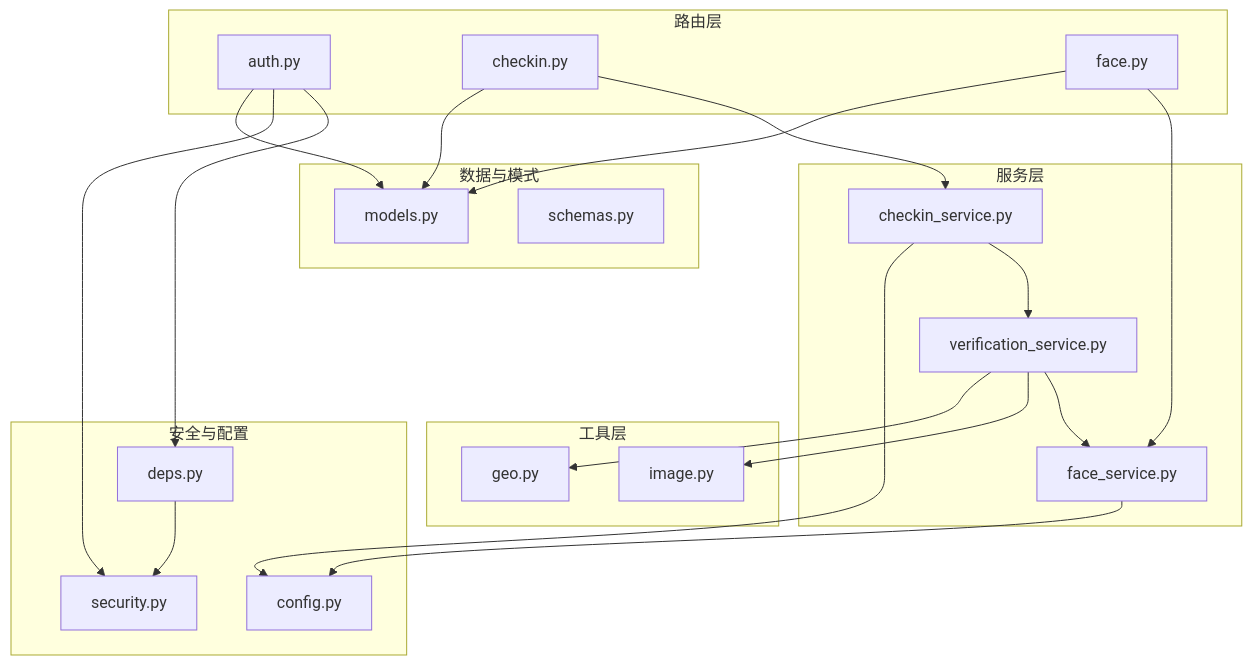
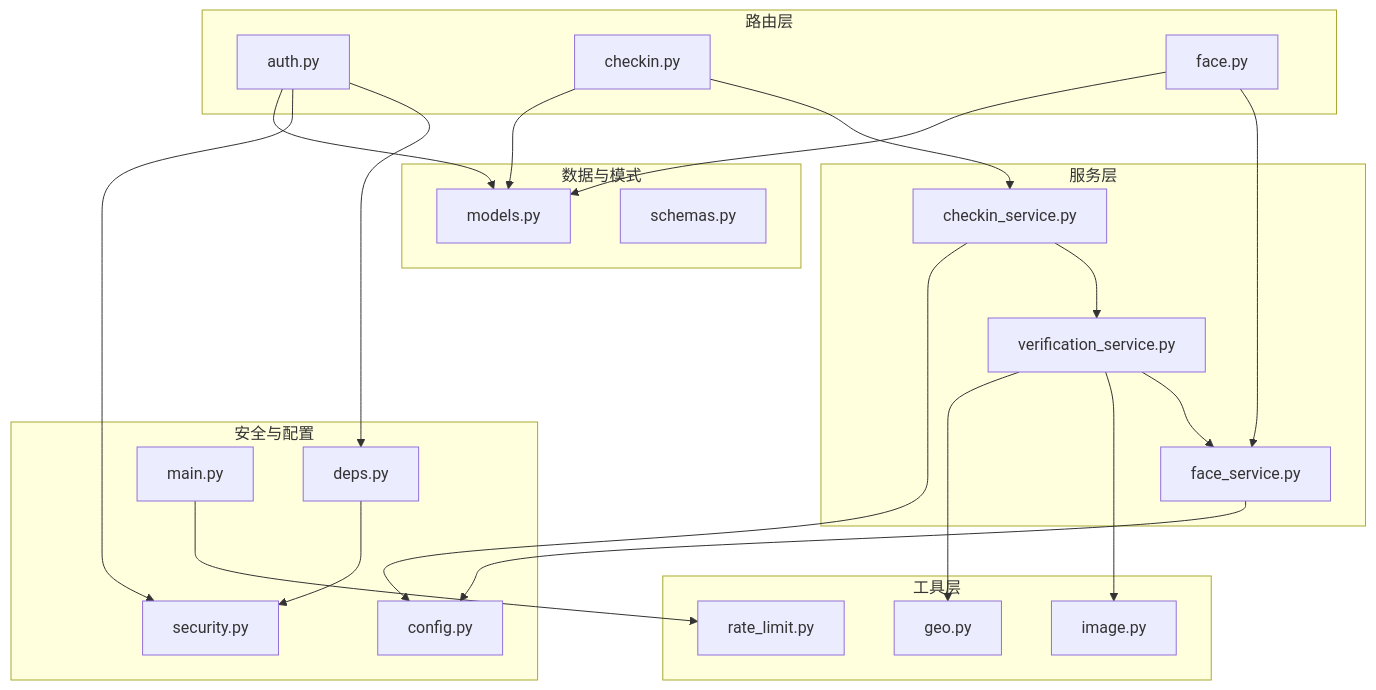
One commit to onebody/homework changed the first of 7 diagrams in .qoder/repowiki/zh/content/安全与认证机制/安全与认证机制.md. Above: the diagram before and after it, drawn with Mermaid. The commit also changed other lines of this file and 15 other files, not shown here.

````diff
--- a/.qoder/repowiki/zh/content/安全与认证机制/安全与认证机制.md
+++ b/.qoder/repowiki/zh/content/安全与认证机制/安全与认证机制.md
@@ -42,40 +53,43 @@
 ```mermaid
 graph TB
 subgraph "路由层"
 RAuth["auth.py"]
 RCheckin["checkin.py"]
 RFace["face.py"]
 end
 subgraph "服务层"
 SCheckin["checkin_service.py"]
 SVerify["verification_service.py"]
 SFace["face_service.py"]
 end
 subgraph "工具层"
 UImage["image.py"]
 UGeo["geo.py"]
+URateLimit["rate_limit.py"]
 end
 subgraph "安全与配置"
 Sec["security.py"]
 Cfg["config.py"]
 Deps["deps.py"]
+Main["main.py"]
 end
 subgraph "数据与模式"
 Models["models.py"]
 Schemas["schemas.py"]
 end
 RAuth --> Deps
 RCheckin --> SCheckin
 RFace --> SFace
 SCheckin --> SVerify
 SVerify --> SFace
 SVerify --> UImage
 SVerify --> UGeo
 RAuth --> Sec
 Deps --> Sec
 SFace --> Cfg
 SCheckin --> Cfg
 RAuth --> Models
 RCheckin --> Models
 RFace --> Models
+Main --> URateLimit
 ```
````
